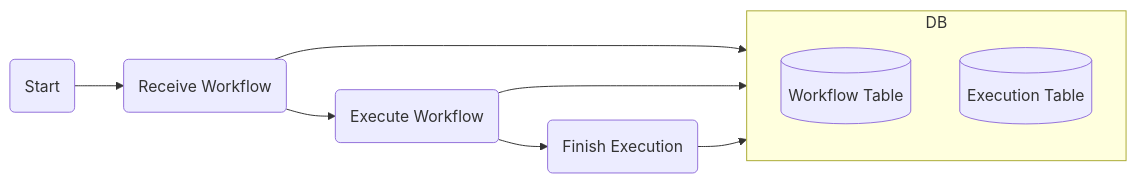
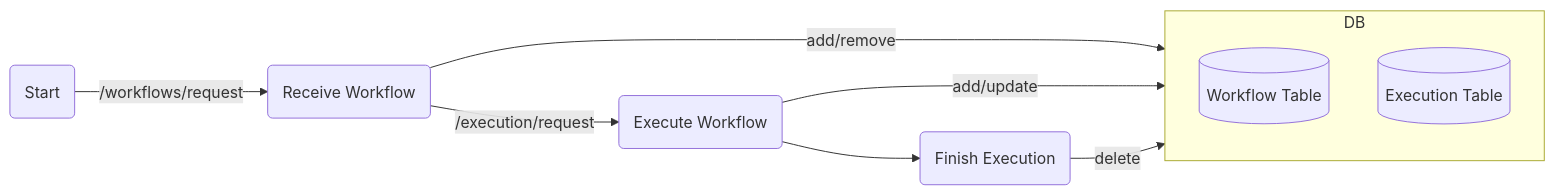
The diagram in README.md (rox-architecture/kit-framework-backend), drawn with Mermaid before and after one commit. The commit also changed other lines of this file, not shown here.

````diff
--- a/README.md
+++ b/README.md
@@ -118,16 +118,16 @@
 ```mermaid
 flowchart LR
-    id1(Start) --> id2(Receive Workflow) --> id3(Execute Workflow) --> id4(Finish Execution)
+    id1(Start) --/workflows/request--> id2(Receive Workflow) --/execution/request--> id3(Execute Workflow) --> id4(Finish Execution)
 
     subgraph DB
         direction TB
         WorkflowDB[(Workflow Table)]
         ExecutionDB[(Execution Table)]
     end
 
-    id2(Receive Workflow) --> WorkflowDB[(Workflow Table)]
+    id2(Receive Workflow) --add/remove--> WorkflowDB[(Workflow Table)]
 
-    id3(Execute Workflow) --> ExecutionDB[(Execution Table)]
+    id3(Execute Workflow) --add/update--> ExecutionDB[(Execution Table)]
 
-    id4(Finish Execution) --> ExecutionDB[(Execution Table)]
+    id4(Finish Execution) --delete--> ExecutionDB[(Execution Table)]
 ```
````
